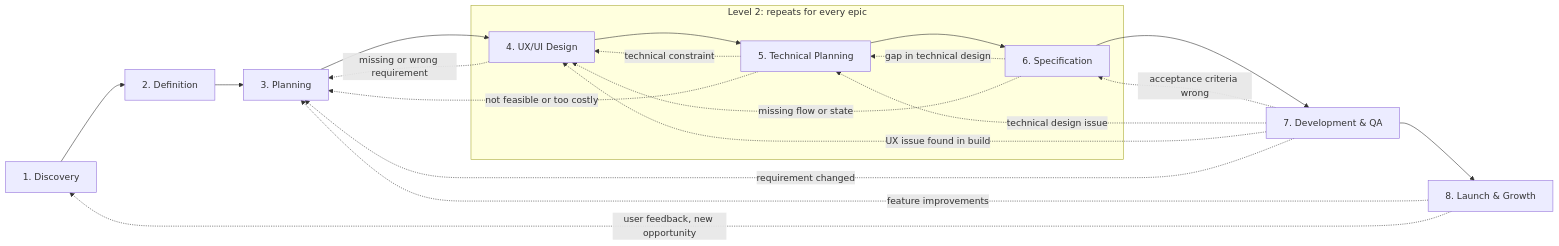
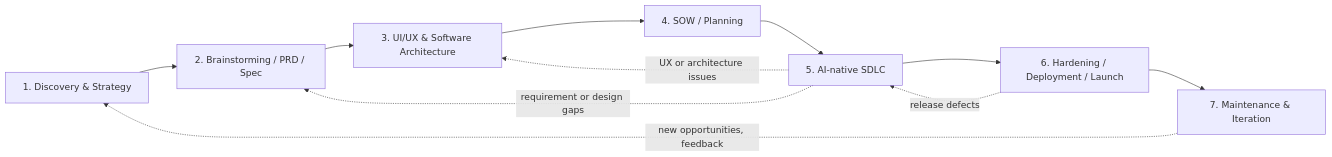
One commit to huynguyennang-agilityio/tripmate-docs changed the first of 3 diagrams in product-workflow.md. Above: the diagram before and after it, drawn with Mermaid. The commit also changed other lines of this file, not shown here.

Commit message:
Product workflow v2.0: seven-stage workflow, status moved to Build Tracker

````diff
--- a/product-workflow.md
+++ b/product-workflow.md
@@ -20,21 +25,14 @@
 ```mermaid
 flowchart LR
-    S1[1. Discovery] --> S2[2. Definition] --> S3[3. Planning]
-    S3 --> S4
-    subgraph L2 [Level 2: repeats for every epic]
-        S4[4. UX/UI Design] --> S5[5. Technical Planning] --> S6[6. Specification]
-    end
-    S6 --> S7[7. Development & QA] --> S8[8. Launch & Growth]
+    S1[1. Discovery & Strategy] --> S2[2. Brainstorming / PRD / Spec]
+    S2 --> S3[3. UI/UX & Software Architecture]
+    S3 --> S4[4. SOW / Planning]
+    S4 --> S5[5. AI-native SDLC]
+    S5 --> S6[6. Hardening / Deployment / Launch]
+    S6 --> S7[7. Maintenance & Iteration]
 
-    S4 -. missing or wrong requirement .-> S3
-    S5 -. technical constraint .-> S4
-    S5 -. not feasible or too costly .-> S3
-    S6 -. gap in technical design .-> S5
-    S6 -. missing flow or state .-> S4
-    S7 -. acceptance criteria wrong .-> S6
-    S7 -. technical design issue .-> S5
-    S7 -. UX issue found in build .-> S4
-    S7 -. requirement changed .-> S3
-    S8 -. feature improvements .-> S3
-    S8 -. user feedback, new opportunity .-> S1
+    S7 -. new opportunities, feedback .-> S1
+    S5 -. requirement or design gaps .-> S2
+    S5 -. UX or architecture issues .-> S3
+    S6 -. release defects .-> S5
 ```
````
